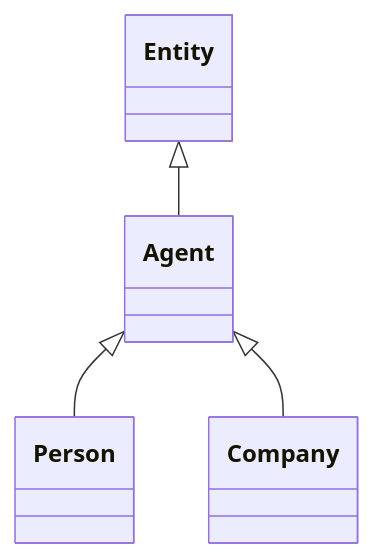
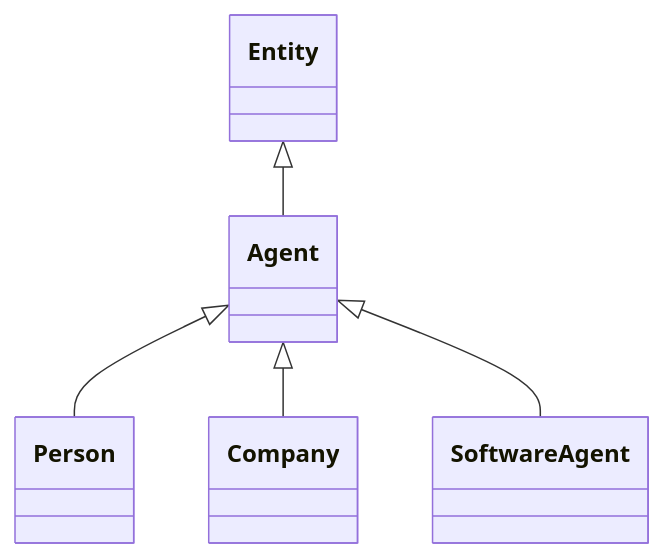
One commit to simondilhas/pragmatic-bim-data-contract changed the diagram in site/schema/Agent.md. Above: the diagram before and after it, drawn with Mermaid. The commit also changed other lines of this file and 616 other files, not shown here.

````diff
--- a/site/schema/Agent.md
+++ b/site/schema/Agent.md
@@ -25,23 +25,23 @@
 ```mermaid
 classDiagram
 direction TB
 class Agent
 click Agent href "./Agent.html" _blank
 Entity <|-- Agent
 click Entity href "./Entity.html" _blank
 Agent <|-- Person
 click Person href "./Person.html" _blank
 Agent <|-- Company
 click Company href "./Company.html" _blank
+Agent <|-- SoftwareAgent
+click SoftwareAgent href "./SoftwareAgent.html" _blank
 click Entity href "./Entity.html" _blank
 click Classification href "./Classification.html" _blank
-click ContactPoint href "./ContactPoint.html" _blank
 click GeometryRepresentation href "./GeometryRepresentation.html" _blank
 click LocalizedText href "./LocalizedText.html" _blank
 click LocalizedText href "./LocalizedText.html" _blank
 click MetadataEntry href "./MetadataEntry.html" _blank
 click PerformanceProperty href "./PerformanceProperty.html" _blank
-click PostalAddress href "./PostalAddress.html" _blank
 click QuantityValue href "./QuantityValue.html" _blank
 click StatusType href "./StatusType.html" _blank
 ```
````
